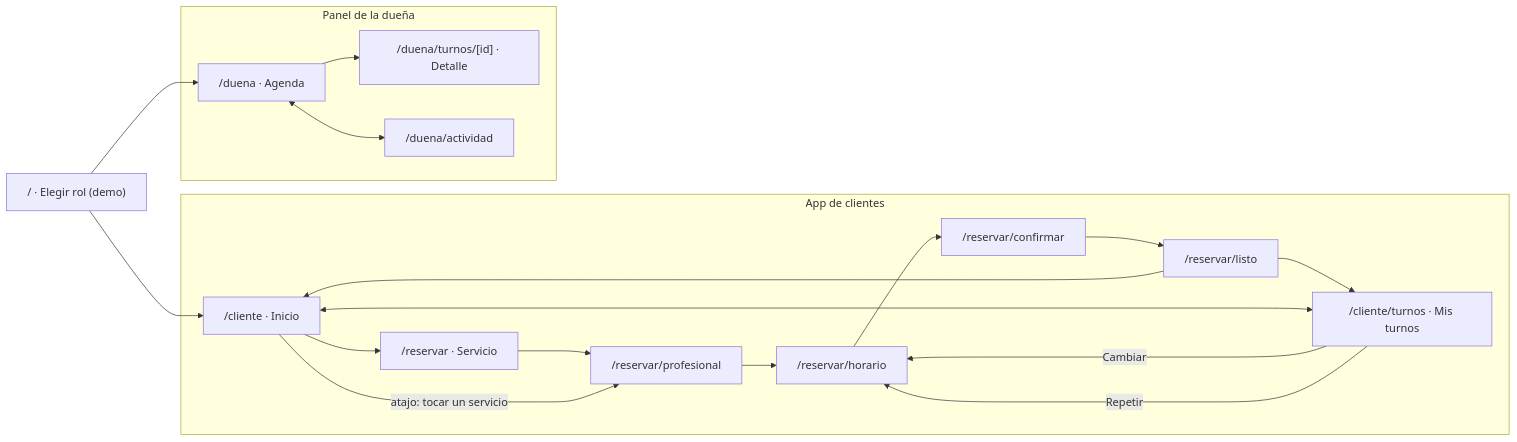
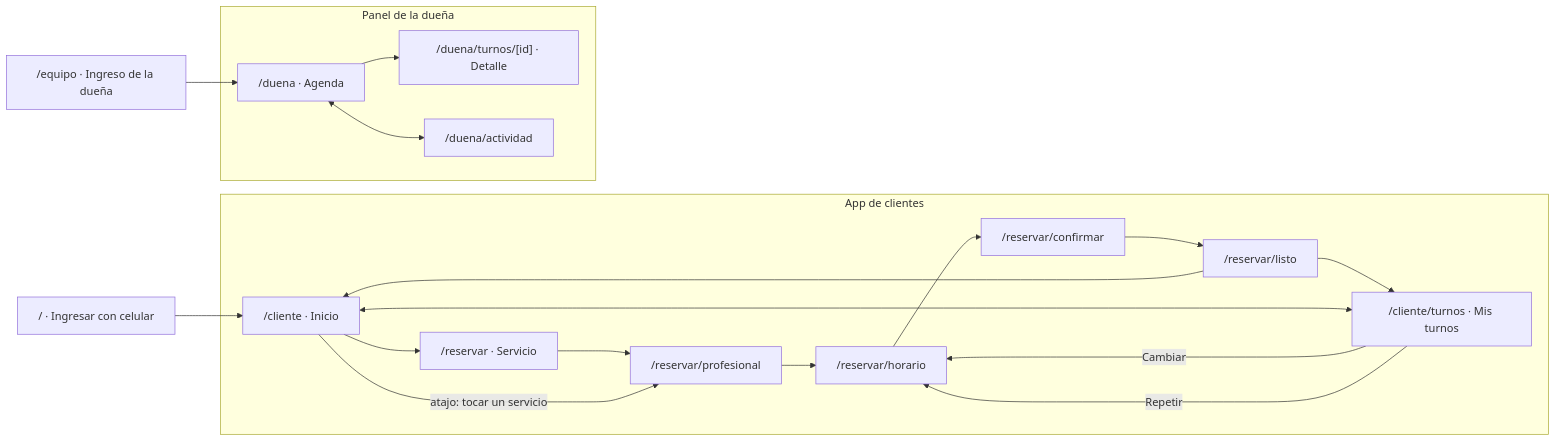
Before and after one commit to andreamperezp/Filo: the first of 9 diagrams in docs/user-flows.md, drawn with Mermaid. The commit also changed other lines of this file and 35 other files, not shown here.

First line of the commit message:
feat(ingreso): login por celular/código y nueva identidad visual

````diff
--- a/docs/user-flows.md
+++ b/docs/user-flows.md
@@ -8,27 +8,29 @@
 ```mermaid
 flowchart LR
-  Entrada["/ · Elegir rol (demo)"]
+  Entrada["/ · Ingresar con celular"]
+  Equipo["/equipo · Ingreso de la dueña"]
   subgraph Cliente["App de clientes"]
     CI["/cliente · Inicio"]
     R1["/reservar · Servicio"]
     R2["/reservar/profesional"]
     R3["/reservar/horario"]
     R4["/reservar/confirmar"]
     R5["/reservar/listo"]
     MT["/cliente/turnos · Mis turnos"]
   end
   subgraph Duena["Panel de la dueña"]
     AG["/duena · Agenda"]
     DT["/duena/turnos/[id] · Detalle"]
     AC["/duena/actividad"]
   end
-  Entrada --> CI & AG
+  Entrada --> CI
+  Equipo --> AG
   CI --> R1 --> R2 --> R3 --> R4 --> R5
   CI -- "atajo: tocar un servicio" --> R2
   R5 --> MT & CI
   CI <--> MT
   MT -- "Cambiar" --> R3
   MT -- "Repetir" --> R3
   AG --> DT
   AG <--> AC
 ```
````
